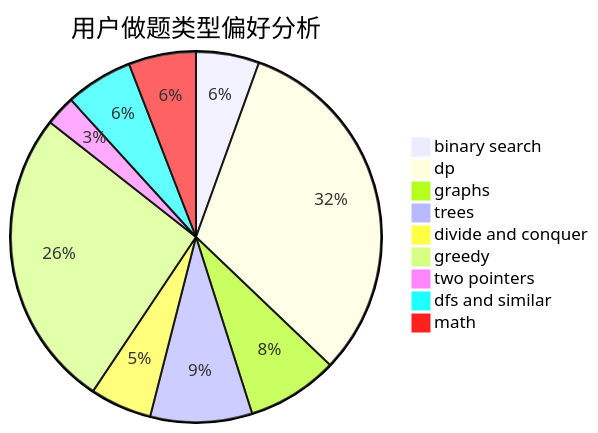
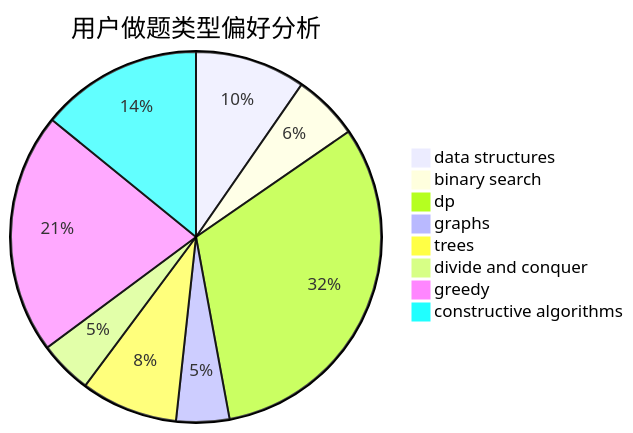
The second of 3 diagrams in docs/user/u115.md (sherpahu/cfrs.github.io), drawn with Mermaid before and after one commit. The commit also changed other lines of this file and 2775 other files, not shown here.

````diff
--- a/docs/user/u115.md
+++ b/docs/user/u115.md
@@ -23,12 +23,11 @@
 ```mermaid
 pie title 用户做题类型偏好分析
-    "binary search" :  90
-    "dp" :  516
-    "graphs" :  130
-    "trees" :  145
-    "divide and conquer" :  88
-    "greedy" :  428
-    "two pointers" :  43
-    "dfs and similar" :  96
-    "math" :  96
+    "data structures" :  131
+    "binary search" :  78
+    "dp" :  431
+    "graphs" :  63
+    "trees" :  115
+    "divide and conquer" :  63
+    "greedy" :  286
+    "constructive algorithms" :  192
 ```
````
